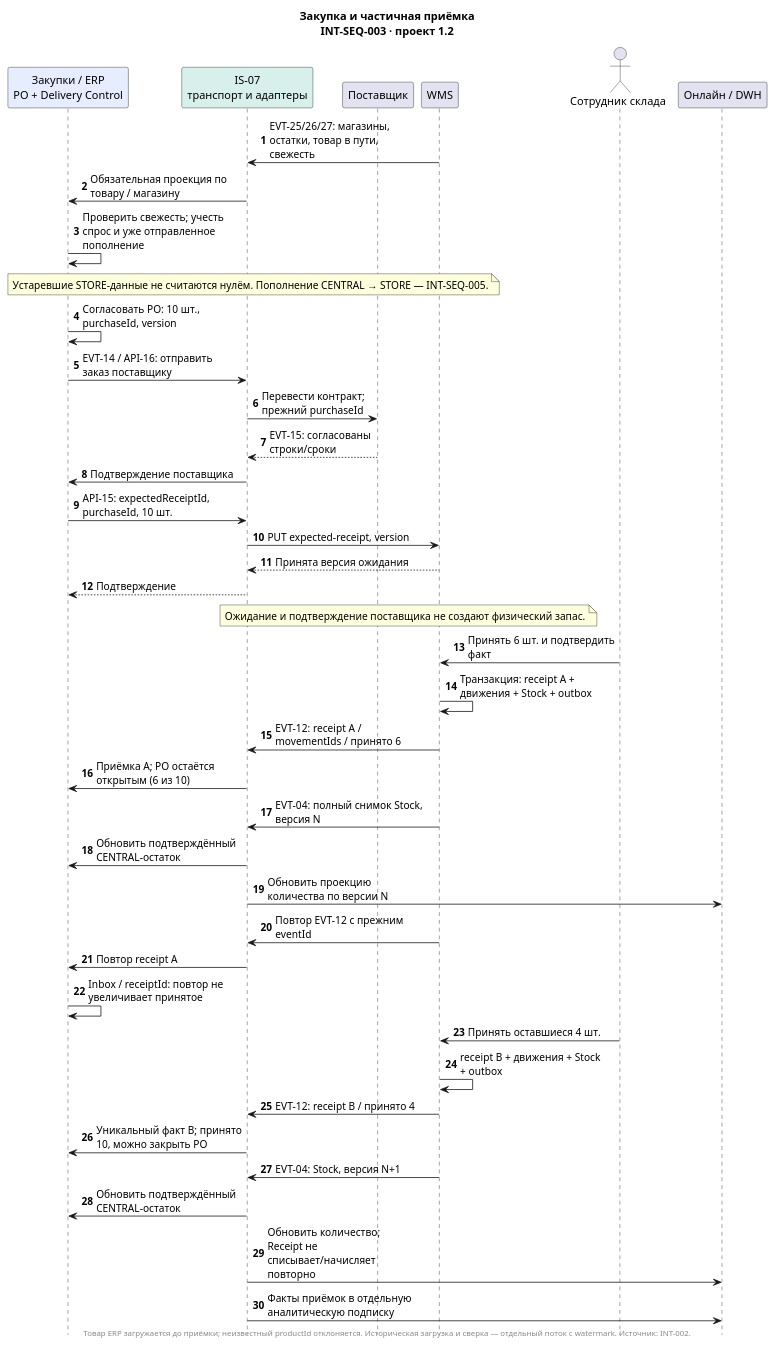
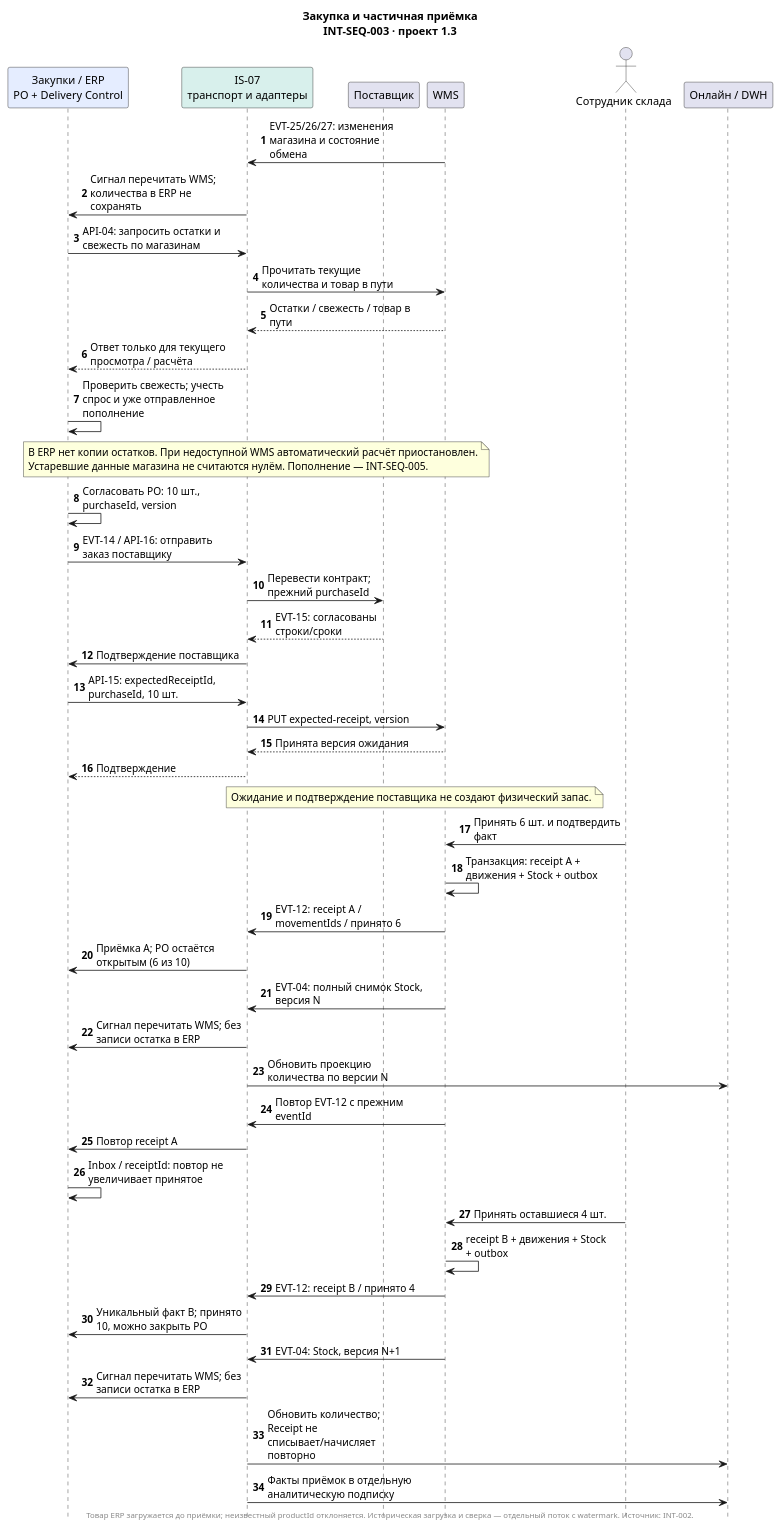
The diagram in 06_integration_architecture/diagrams/INT-SEQ-003-procurement.puml (rsingatulin/hse_architecture), drawn with PlantUML before and after one commit. The commit also changed 28 other files, not shown here.

```diff
--- a/06_integration_architecture/diagrams/INT-SEQ-003-procurement.puml
+++ b/06_integration_architecture/diagrams/INT-SEQ-003-procurement.puml
@@ -1,48 +1,52 @@
 @startuml INT-SEQ-003-procurement
 skinparam backgroundColor white
 skinparam defaultFontName Arial
 skinparam shadowing false
 skinparam maxMessageSize 190
 hide footbox
 autonumber
-title Закупка и частичная приёмка\nINT-SEQ-003 · проект 1.2
+title Закупка и частичная приёмка\nINT-SEQ-003 · проект 1.3
 participant "Закупки / ERP\nPO + Delivery Control" as PO #E5EDFF
 participant "IS-07\nтранспорт и адаптеры" as IP #D8F0EC
 participant "Поставщик" as Supplier
 participant "WMS" as WMS
 actor "Сотрудник склада" as Clerk
 participant "Онлайн / DWH" as Read
-WMS -> IP: EVT-25/26/27: магазины, остатки, товар в пути, свежесть
-IP -> PO: Обязательная проекция по товару / магазину
+WMS -> IP: EVT-25/26/27: изменения магазина и состояние обмена
+IP -> PO: Сигнал перечитать WMS; количества в ERP не сохранять
+PO -> IP: API-04: запросить остатки и свежесть по магазинам
+IP -> WMS: Прочитать текущие количества и товар в пути
+WMS --> IP: Остатки / свежесть / товар в пути
+IP --> PO: Ответ только для текущего просмотра / расчёта
 PO -> PO: Проверить свежесть; учесть спрос и уже отправленное пополнение
-note over PO,WMS: Устаревшие STORE-данные не считаются нулём. Пополнение CENTRAL → STORE — INT-SEQ-005.
+note over PO,WMS: В ERP нет копии остатков. При недоступной WMS автоматический расчёт приостановлен.\nУстаревшие данные магазина не считаются нулём. Пополнение — INT-SEQ-005.
 PO -> PO: Согласовать PO: 10 шт., purchaseId, version
 PO -> IP: EVT-14 / API-16: отправить заказ поставщику
 IP -> Supplier: Перевести контракт; прежний purchaseId
 Supplier --> IP: EVT-15: согласованы строки/сроки
 IP -> PO: Подтверждение поставщика
 PO -> IP: API-15: expectedReceiptId, purchaseId, 10 шт.
 IP -> WMS: PUT expected-receipt, version
 WMS --> IP: Принята версия ожидания
 IP --> PO: Подтверждение
 note over Supplier,WMS: Ожидание и подтверждение поставщика не создают физический запас.
 Clerk -> WMS: Принять 6 шт. и подтвердить факт
 WMS -> WMS: Транзакция: receipt A + движения + Stock + outbox
 WMS -> IP: EVT-12: receipt A / movementIds / принято 6
 IP -> PO: Приёмка A; PO остаётся открытым (6 из 10)
 WMS -> IP: EVT-04: полный снимок Stock, версия N
-IP -> PO: Обновить подтверждённый CENTRAL-остаток
+IP -> PO: Сигнал перечитать WMS; без записи остатка в ERP
 IP -> Read: Обновить проекцию количества по версии N
 WMS -> IP: Повтор EVT-12 с прежним eventId
 IP -> PO: Повтор receipt A
 PO -> PO: Inbox / receiptId: повтор не увеличивает принятое
 Clerk -> WMS: Принять оставшиеся 4 шт.
 WMS -> WMS: receipt B + движения + Stock + outbox
 WMS -> IP: EVT-12: receipt B / принято 4
 IP -> PO: Уникальный факт B; принято 10, можно закрыть PO
 WMS -> IP: EVT-04: Stock, версия N+1
-IP -> PO: Обновить подтверждённый CENTRAL-остаток
+IP -> PO: Сигнал перечитать WMS; без записи остатка в ERP
 IP -> Read: Обновить количество; Receipt не списывает/начисляет повторно
 IP -> Read: Факты приёмок в отдельную аналитическую подписку
 footer Товар ERP загружается до приёмки; неизвестный productId отклоняется. Историческая загрузка и сверка — отдельный поток с watermark. Источник: INT-002.
 @enduml
```
